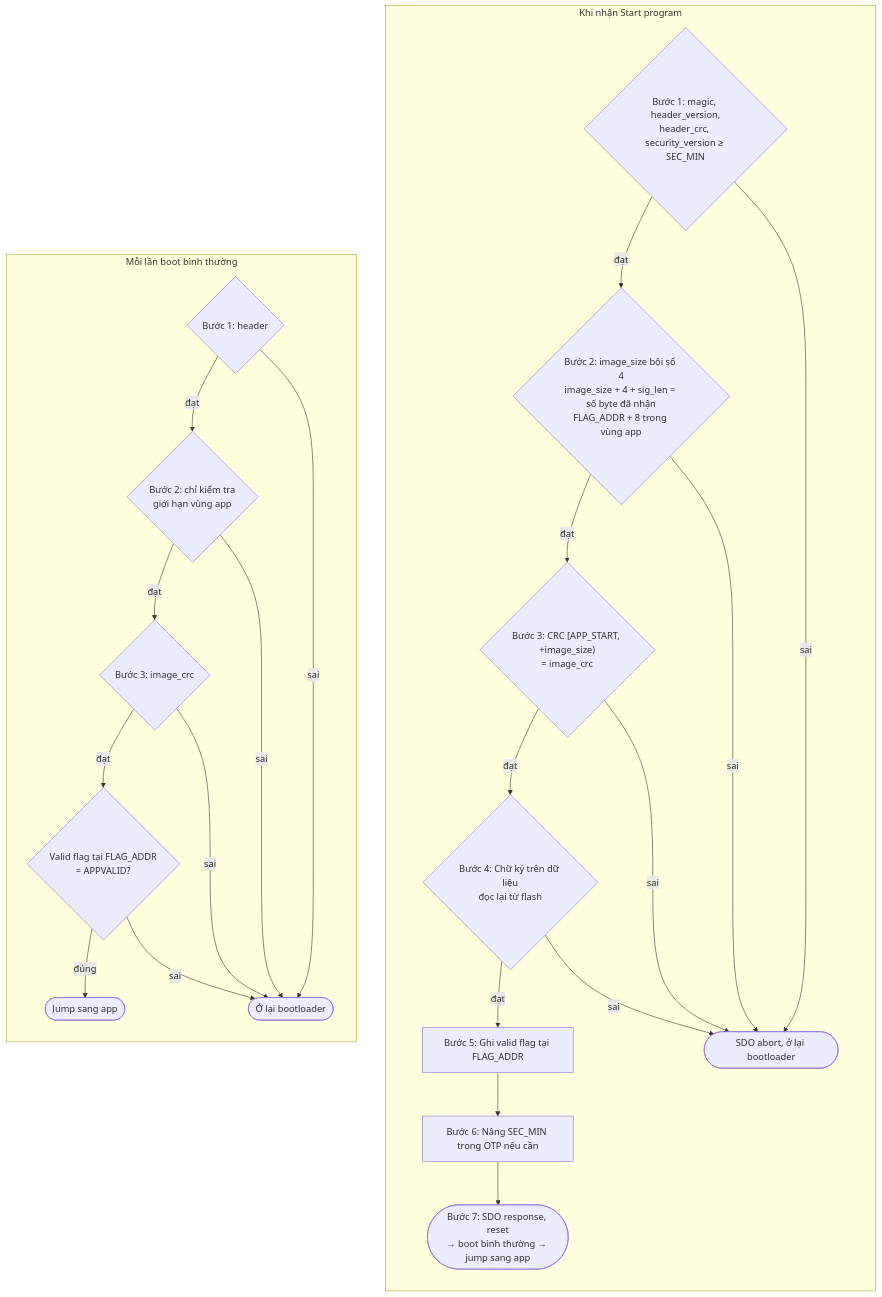
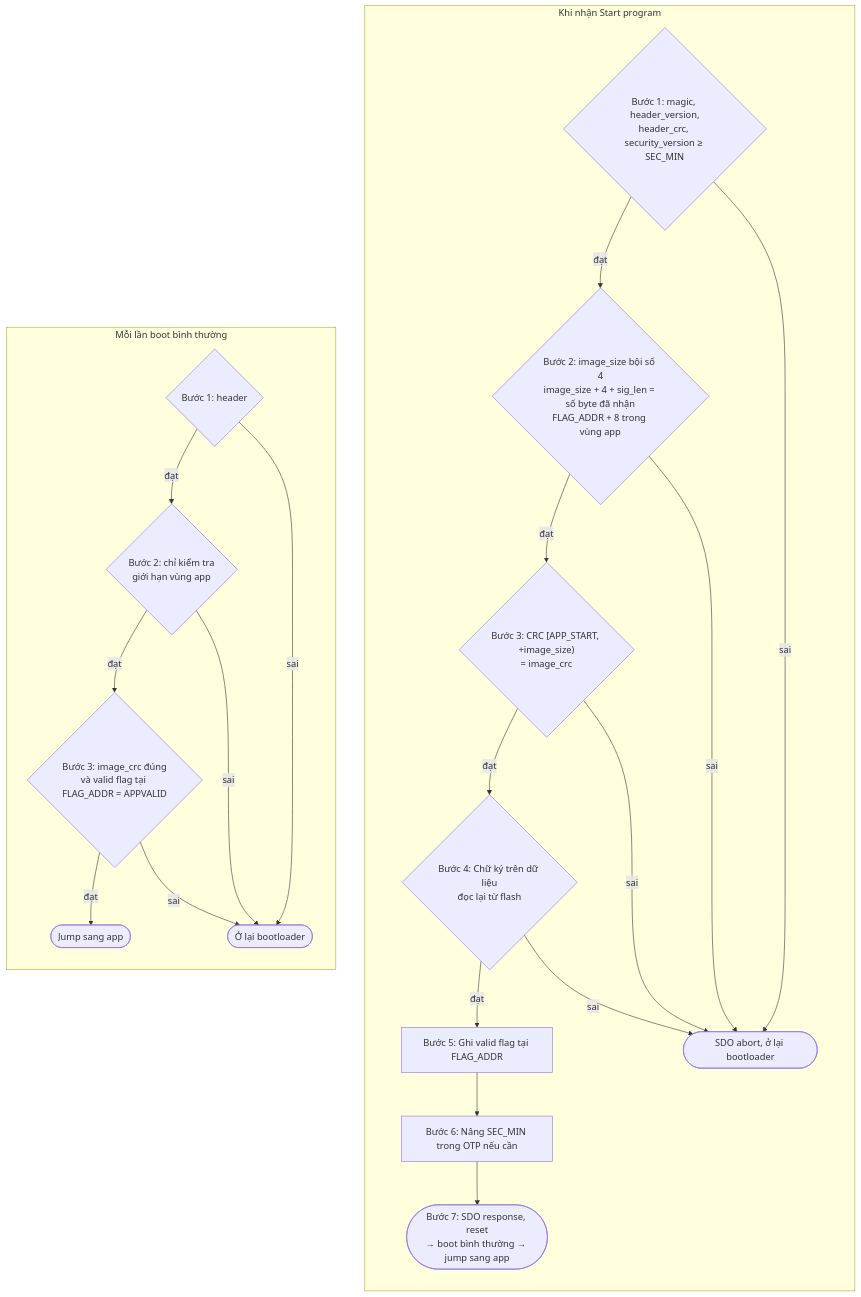
Before and after one commit to linh97abc/stm32_canopen_bootloader: the third of 3 diagrams in docs/design.md, drawn with Mermaid. The commit also changed other lines of this file and 1 other file, not shown here.

Commit message:
Gộp kiểm tra image_crc và valid flag thành một bước khi boot
Trong design.md, luồng boot bình thường coi CRC và valid flag là một
bước, không quy định thứ tự. Code kiểm tra valid flag trước (chỉ đọc
8 byte) để image chưa có flag bị loại mà không phải quét CRC cả image.

````diff
--- a/docs/design.md
+++ b/docs/design.md
@@ -294,22 +294,21 @@
 ```mermaid
 flowchart TD
     subgraph START["Khi nhận Start program"]
         direction TB
         S1{"Bước 1: magic, header_version,<br/>header_crc, security_version ≥ SEC_MIN"} -- đạt --> S2{"Bước 2: image_size bội số 4<br/>image_size + 4 + sig_len = số byte đã nhận<br/>FLAG_ADDR + 8 trong vùng app"}
         S2 -- đạt --> S3{"Bước 3: CRC [APP_START, +image_size)<br/>= image_crc"}
         S3 -- đạt --> S4{"Bước 4: Chữ ký trên dữ liệu<br/>đọc lại từ flash"}
         S4 -- đạt --> S5["Bước 5: Ghi valid flag tại FLAG_ADDR"]
         S5 --> S6["Bước 6: Nâng SEC_MIN trong OTP nếu cần"]
         S6 --> S7(["Bước 7: SDO response, reset<br/>→ boot bình thường → jump sang app"])
         S1 & S2 & S3 & S4 -- sai --> SX([SDO abort, ở lại bootloader])
     end
 
     subgraph BOOT["Mỗi lần boot bình thường"]
         direction TB
         B1{"Bước 1: header"} -- đạt --> B2{"Bước 2: chỉ kiểm tra<br/>giới hạn vùng app"}
-        B2 -- đạt --> B3{"Bước 3: image_crc"}
-        B3 -- đạt --> B4{"Valid flag tại FLAG_ADDR<br/>= APPVALID?"}
-        B4 -- đúng --> BJ([Jump sang app])
-        B1 & B2 & B3 & B4 -- sai --> BS([Ở lại bootloader])
+        B2 -- đạt --> B3{"Bước 3: image_crc đúng<br/>và valid flag tại FLAG_ADDR = APPVALID"}
+        B3 -- đạt --> BJ([Jump sang app])
+        B1 & B2 & B3 -- sai --> BS([Ở lại bootloader])
     end
 ```
````
